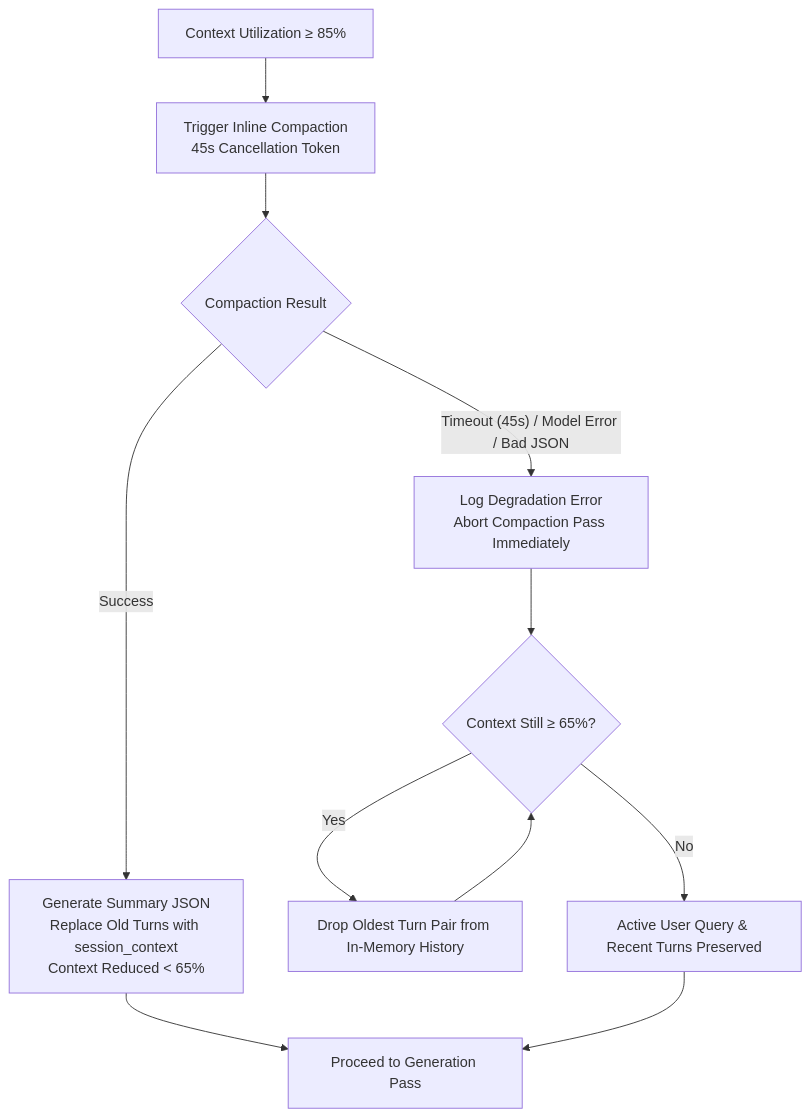
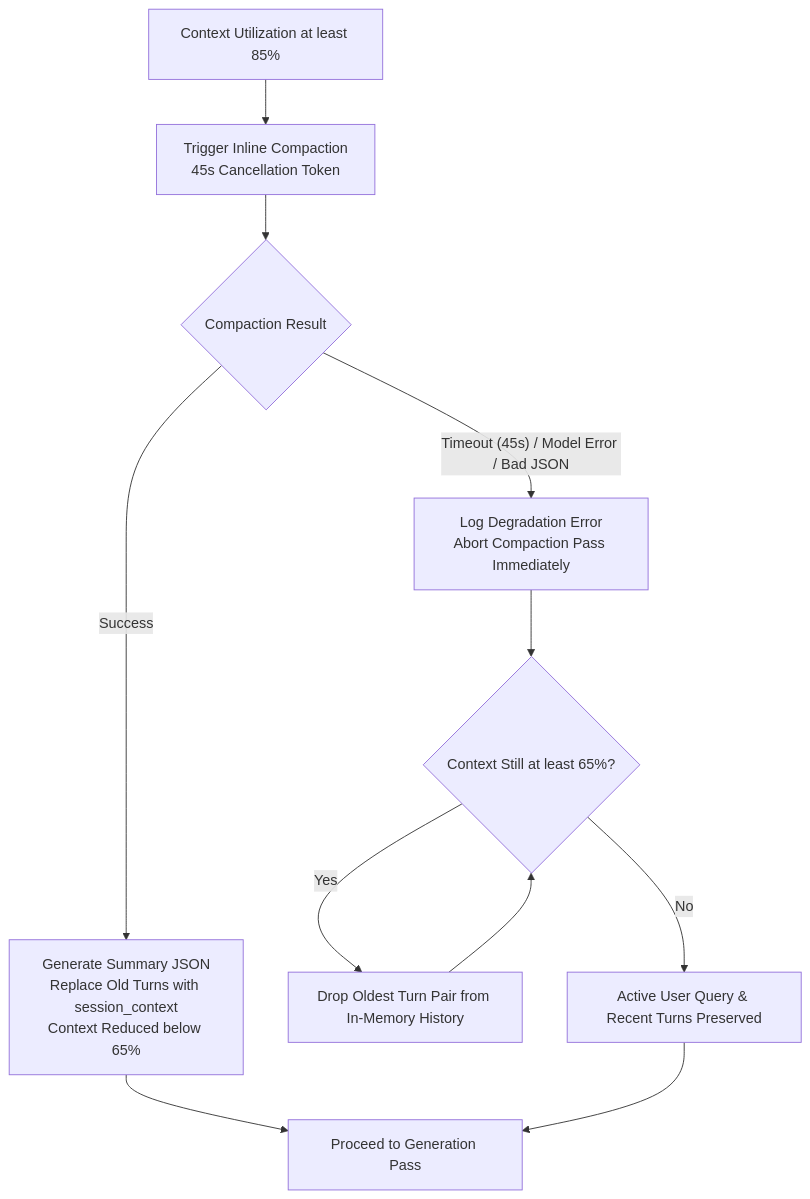
Before and after one commit to addy-47/vox: the second of 2 diagrams in docs/specs/harness-spec.md, drawn with Mermaid. The commit also changed other lines of this file and 75 other files, not shown here.

````diff
--- a/docs/specs/harness-spec.md
+++ b/docs/specs/harness-spec.md
@@ -92,16 +92,16 @@
 ```mermaid
 flowchart TD
-    Crit[Context Utilization ≥ 85%] --> StartCompact[Trigger Inline Compaction<br/>45s Cancellation Token]
-    StartCompact --> Outcome{Compaction Result}
+    Crit["Context Utilization at least 85%"] --> StartCompact["Trigger Inline Compaction<br/>45s Cancellation Token"]
+    StartCompact --> Outcome{"Compaction Result"}
     
-    Outcome -- Success --> Summary[Generate Summary JSON<br/>Replace Old Turns with session_context<br/>Context Reduced < 65%]
-    Outcome -- Timeout (45s) / Model Error / Bad JSON --> FailFast[Log Degradation Error<br/>Abort Compaction Pass Immediately]
+    Outcome -- Success --> Summary["Generate Summary JSON<br/>Replace Old Turns with session_context<br/>Context Reduced below 65%"]
+    Outcome -- "Timeout (45s) / Model Error / Bad JSON" --> FailFast["Log Degradation Error<br/>Abort Compaction Pass Immediately"]
     
-    FailFast --> FIFOLoop{Context Still ≥ 65%?}
+    FailFast --> FIFOLoop{"Context Still at least 65%?"}
     FIFOLoop -- Yes --> DropTurn[Drop Oldest Turn Pair from In-Memory History]
     DropTurn --> FIFOLoop
     FIFOLoop -- No --> Preserved[Active User Query & Recent Turns Preserved]
     
     Summary --> Proceed[Proceed to Generation Pass]
     Preserved --> Proceed
 ```
````
